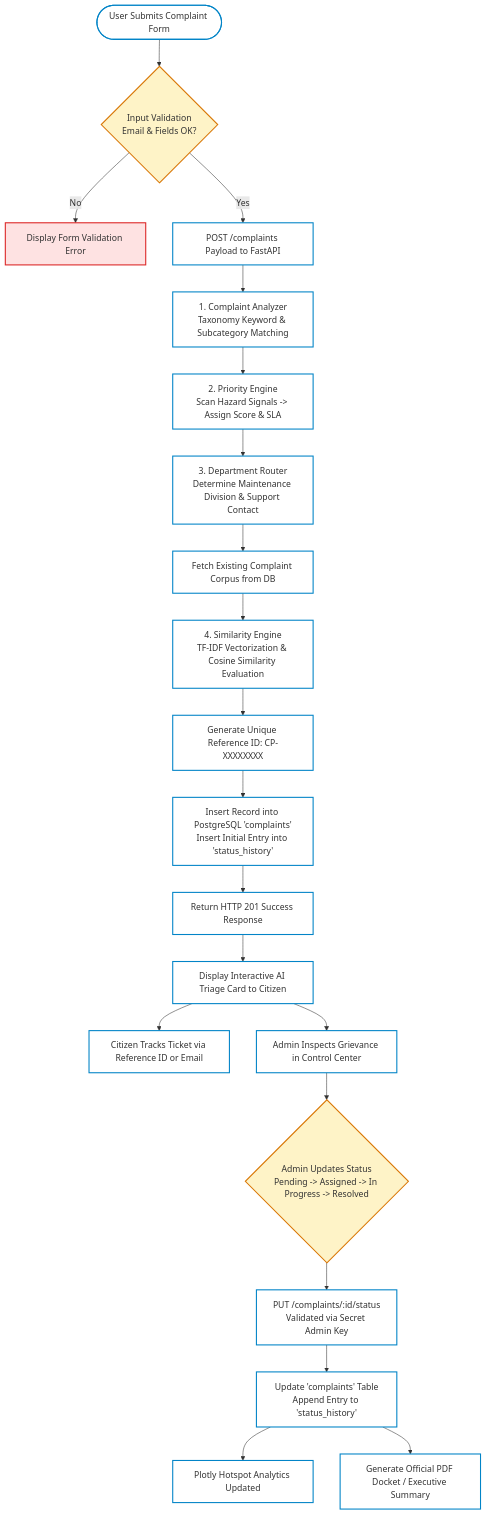
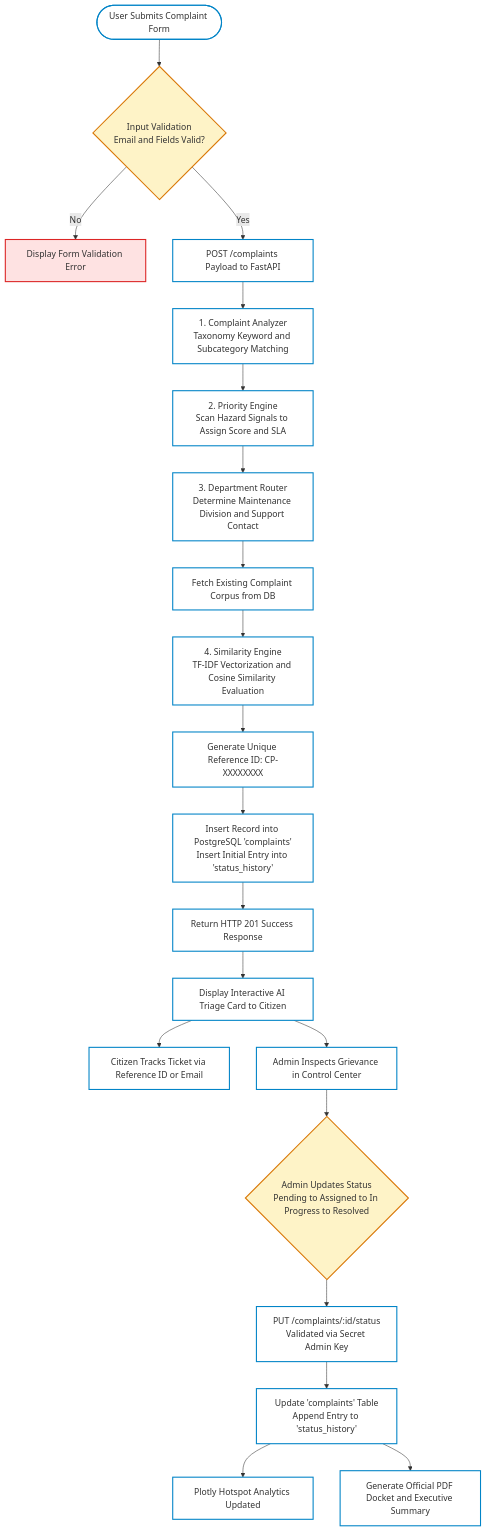
The second of 2 diagrams in README.md (sandhiyabalasubramani/CivicPulse-AI), drawn with Mermaid before and after one commit. The commit also changed other lines of this file and 1 other file, not shown here.

Commit message:
Fix README diagrams and local API configuration

````diff
--- a/README.md
+++ b/README.md
@@ -195,39 +195,38 @@
 ```mermaid
 flowchart TD
-    Start([User Submits Complaint Form]) --> ValCheck{Input Validation<br/>Email & Fields OK?}
+    Start(["User Submits Complaint Form"]) --> ValCheck{"Input Validation<br/>Email and Fields Valid?"}
     
-    ValCheck -- No --> ShowErr[Display Form Validation Error]
-    ValCheck -- Yes --> CallAPI[POST /complaints Payload to FastAPI]
+    ValCheck -- No --> ShowErr["Display Form Validation Error"]
+    ValCheck -- Yes --> CallAPI["POST /complaints Payload to FastAPI"]
 
-    CallAPI --> TriageNode[1. Complaint Analyzer<br/>Taxonomy Keyword & Subcategory Matching]
-    TriageNode --> PrioNode[2. Priority Engine<br/>Scan Hazard Signals -> Assign Score & SLA]
-    PrioNode --> RouteNode[3. Department Router<br/>Determine Maintenance Division & Support Contact]
+    CallAPI --> TriageNode["1. Complaint Analyzer<br/>Taxonomy Keyword and Subcategory Matching"]
+    TriageNode --> PrioNode["2. Priority Engine<br/>Scan Hazard Signals to Assign Score and SLA"]
+    PrioNode --> RouteNode["3. Department Router<br/>Determine Maintenance Division and Support Contact"]
     
-    RouteNode --> FetchHistory[Fetch Existing Complaint Corpus from DB]
-    FetchHistory --> SimNode[4. Similarity Engine<br/>TF-IDF Vectorization & Cosine Similarity Evaluation]
+    RouteNode --> FetchHistory["Fetch Existing Complaint Corpus from DB"]
+    FetchHistory --> SimNode["4. Similarity Engine<br/>TF-IDF Vectorization and Cosine Similarity Evaluation"]
 
-    SimNode --> IDGen[Generate Unique Reference ID: CP-XXXXXXXX]
-    IDGen --> DBInsert[Insert Record into PostgreSQL 'complaints'<br/>Insert Initial Entry into 'status_history']
+    SimNode --> IDGen["Generate Unique Reference ID: CP-XXXXXXXX"]
+    IDGen --> DBInsert["Insert Record into PostgreSQL 'complaints'<br/>Insert Initial Entry into 'status_history'"]
     
-    DBInsert --> Resp201[Return HTTP 201 Success Response]
-    Resp201 --> ShowConfirm[Display Interactive AI Triage Card to Citizen]
+    DBInsert --> Resp201["Return HTTP 201 Success Response"]
+    Resp201 --> ShowConfirm["Display Interactive AI Triage Card to Citizen"]
 
-    ShowConfirm --> CitizenTrack[Citizen Tracks Ticket via Reference ID or Email]
-    ShowConfirm --> AdminReview[Admin Inspects Grievance in Control Center]
+    ShowConfirm --> CitizenTrack["Citizen Tracks Ticket via Reference ID or Email"]
+    ShowConfirm --> AdminReview["Admin Inspects Grievance in Control Center"]
 
-    AdminReview --> StatusUpdate{Admin Updates Status<br/>Pending -> Assigned -> In Progress -> Resolved}
-    StatusUpdate --> PutReq[PUT /complaints/:id/status<br/>Validated via Secret Admin Key]
-    PutReq --> LogHistory[Update 'complaints' Table<br/>Append Entry to 'status_history']
+    AdminReview --> StatusUpdate{"Admin Updates Status<br/>Pending to Assigned to In Progress to Resolved"}
+    StatusUpdate --> PutReq["PUT /complaints/:id/status<br/>Validated via Secret Admin Key"]
+    PutReq --> LogHistory["Update 'complaints' Table<br/>Append Entry to 'status_history'"]
 
-    LogHistory --> AnalyticsSink[Plotly Hotspot Analytics Updated]
-    LogHistory --> PDFExport[Generate Official PDF Docket / Executive Summary]
+    LogHistory --> AnalyticsSink["Plotly Hotspot Analytics Updated"]
+    LogHistory --> PDFExport["Generate Official PDF Docket and Executive Summary"]
 
     classDef step fill:#FFFFFF,stroke:#0284C7,stroke-width:2px;
     classDef decision fill:#FEF3C7,stroke:#D97706,stroke-width:2px;
     classDef err fill:#FEE2E2,stroke:#DC2626,stroke-width:2px;
-    classDef finish fill:#DCFCE7,stroke:#16A34A,stroke-width:2px;
 
     class Start,CallAPI,TriageNode,PrioNode,RouteNode,FetchHistory,SimNode,IDGen,DBInsert,Resp201,ShowConfirm,CitizenTrack,AdminReview,PutReq,LogHistory,AnalyticsSink,PDFExport step;
     class ValCheck,StatusUpdate decision;
     class ShowErr err;
 ```
````
